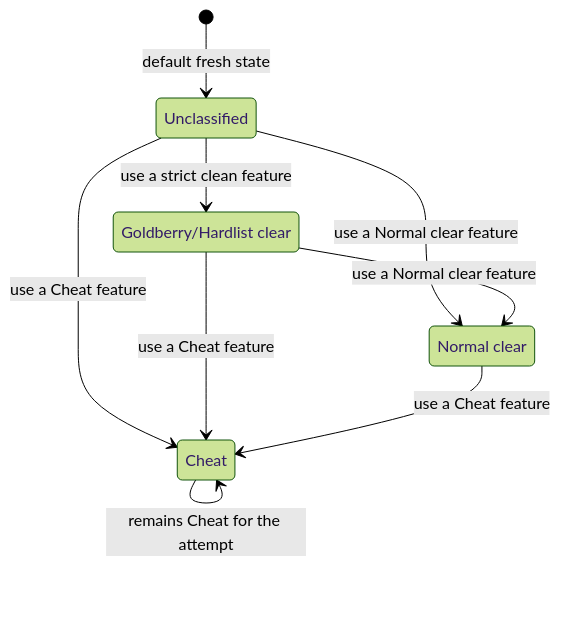
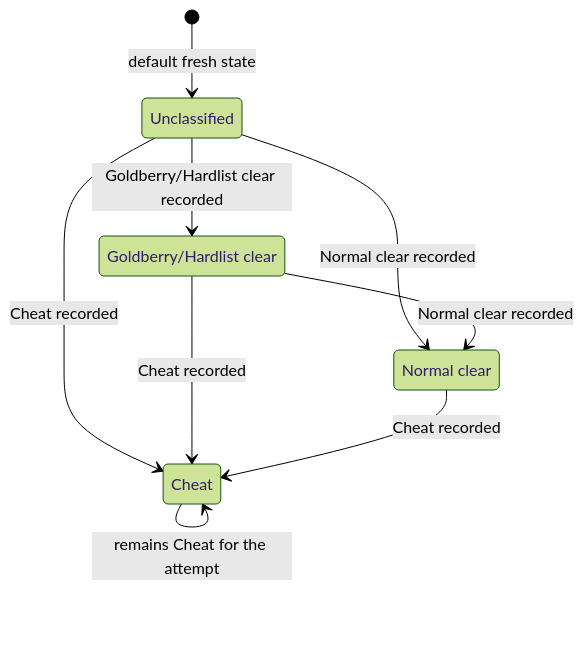
Before and after one commit to Microck/akron: the diagram in docs/getting-started/first-run.mdx, drawn with Mermaid (forest theme). The commit also changed other lines of this file and 122 other files, not shown here.

````diff
--- a/docs/getting-started/first-run.mdx
+++ b/docs/getting-started/first-run.mdx
@@ -34,15 +34,15 @@
 ```mermaid
 stateDiagram-v2
   [*] --> unclassified: default fresh state
   unclassified: Unclassified
   strict: Goldberry/Hardlist clear
   normal: Normal clear
   cheat: Cheat
-  unclassified --> strict: use a strict clean feature
-  unclassified --> normal: use a Normal clear feature
-  unclassified --> cheat: use a Cheat feature
-  strict --> normal: use a Normal clear feature
-  strict --> cheat: use a Cheat feature
-  normal --> cheat: use a Cheat feature
+  unclassified --> strict: Goldberry/Hardlist clear recorded
+  unclassified --> normal: Normal clear recorded
+  unclassified --> cheat: Cheat recorded
+  strict --> normal: Normal clear recorded
+  strict --> cheat: Cheat recorded
+  normal --> cheat: Cheat recorded
   cheat --> cheat: remains Cheat for the attempt
 ```
````
